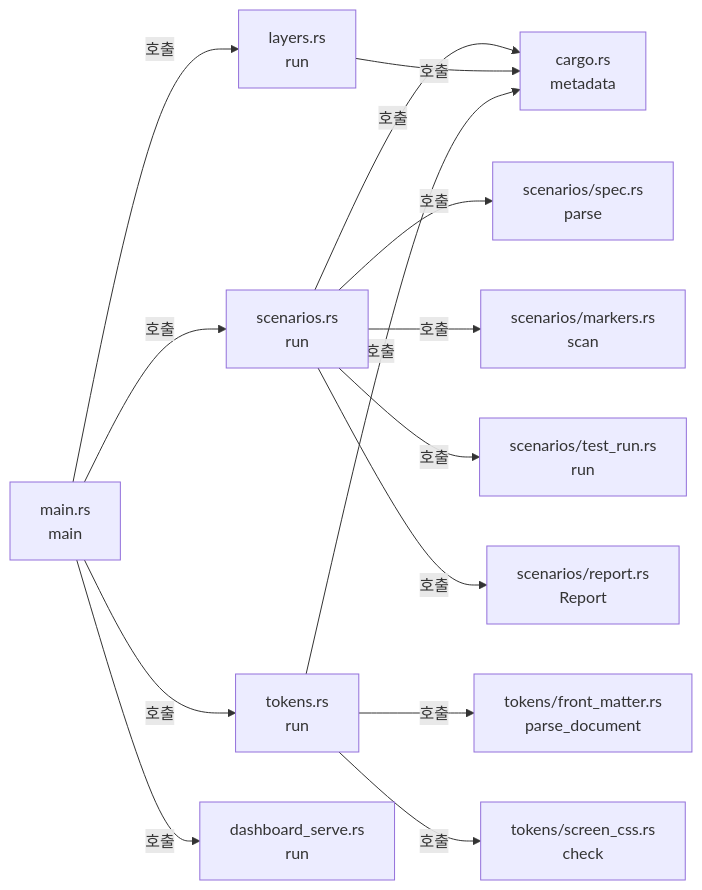
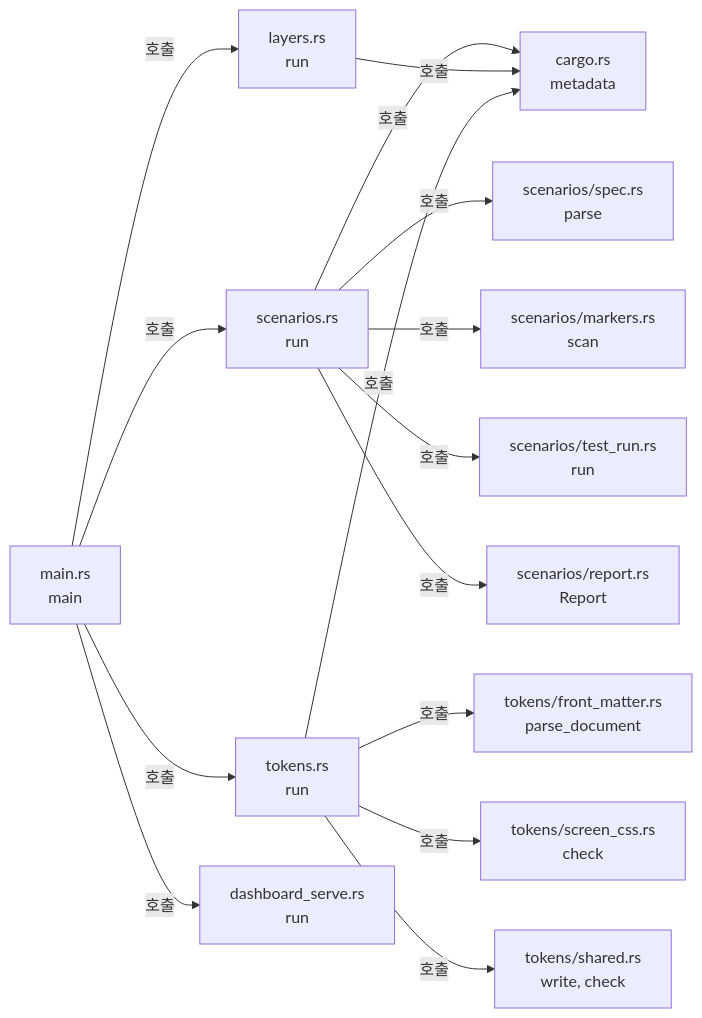
One commit to kayden-kim/vnc-relay changed the diagram in docs/architectures/xtask.md. Above: the diagram before and after it, drawn with Mermaid. The commit also changed other lines of this file and 21 other files, not shown here.

````diff
--- a/docs/architectures/xtask.md
+++ b/docs/architectures/xtask.md
@@ -33,16 +33,17 @@
 ```mermaid
 flowchart LR
     MAIN["main.rs<br/>main"] -->|"호출"| SCN["scenarios.rs<br/>run"]
     MAIN -->|"호출"| LAY["layers.rs<br/>run"]
     SCN -->|"호출"| META["cargo.rs<br/>metadata"]
     LAY -->|"호출"| META
     SCN -->|"호출"| SPEC["scenarios/spec.rs<br/>parse"]
     SCN -->|"호출"| MARK["scenarios/markers.rs<br/>scan"]
     SCN -->|"호출"| RUN["scenarios/test_run.rs<br/>run"]
     SCN -->|"호출"| REP["scenarios/report.rs<br/>Report"]
     MAIN -->|"호출"| TOK["tokens.rs<br/>run"]
     MAIN -->|"호출"| DSV["dashboard_serve.rs<br/>run"]
     TOK -->|"호출"| META
     TOK -->|"호출"| TFM["tokens/front_matter.rs<br/>parse_document"]
     TOK -->|"호출"| TSC["tokens/screen_css.rs<br/>check"]
+    TOK -->|"호출"| TSH["tokens/shared.rs<br/>write, check"]
 ```
````
